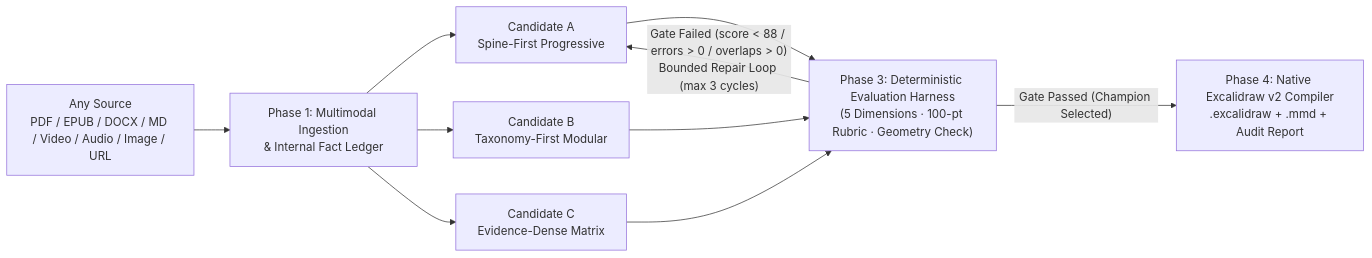
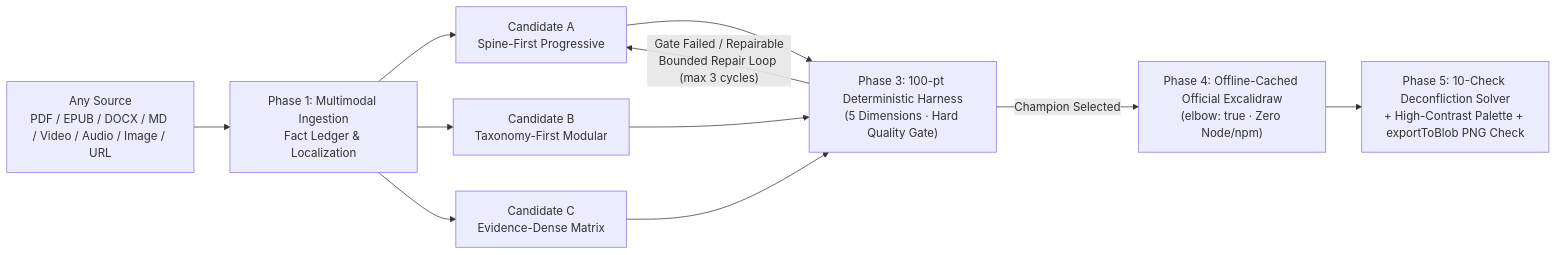
The diagram in README.md (aidenlychen-debug/cartograph), drawn with Mermaid before and after one commit. The commit also changed other lines of this file and 2 other files, not shown here.

Commit message:
docs: add real Excalidraw showcase screenshot, Klein Blue visual spec & sharpened English value narrative

````diff
--- a/README.md
+++ b/README.md
@@ -32,12 +70,13 @@
 ```mermaid
 flowchart LR
-    IN["Any Source<br/>PDF / EPUB / DOCX / MD / Video / Audio / Image / URL"] --> P1["Phase 1: Multimodal Ingestion<br/>& Internal Fact Ledger"]
+    IN["Any Source<br/>PDF / EPUB / DOCX / MD / Video / Audio / Image / URL"] --> P1["Phase 1: Multimodal Ingestion<br/>Fact Ledger & Localization"]
     P1 --> P2A["Candidate A<br/>Spine-First Progressive"]
     P1 --> P2B["Candidate B<br/>Taxonomy-First Modular"]
     P1 --> P2C["Candidate C<br/>Evidence-Dense Matrix"]
-    P2A --> H["Phase 3: Deterministic Evaluation Harness<br/>(5 Dimensions · 100-pt Rubric · Geometry Check)"]
+    P2A --> H["Phase 3: 100-pt Deterministic Harness<br/>(5 Dimensions · Hard Quality Gate)"]
     P2B --> H
     P2C --> H
-    H -->|"Gate Failed (score < 88 / errors > 0 / overlaps > 0)<br/>Bounded Repair Loop (max 3 cycles)"| P2A
-    H -->|"Gate Passed (Champion Selected)"| P4["Phase 4: Native Excalidraw v2 Compiler<br/>.excalidraw + .mmd + Audit Report"]
+    H -->|"Gate Failed / Repairable<br/>Bounded Repair Loop (max 3 cycles)"| P2A
+    H -->|"Champion Selected"| P4["Phase 4: Offline-Cached Official Excalidraw<br/>(elbow: true · Zero Node/npm)"]
+    P4 --> P5["Phase 5: 10-Check Deconfliction Solver<br/>+ High-Contrast Palette + exportToBlob PNG Check"]
 ```
````
